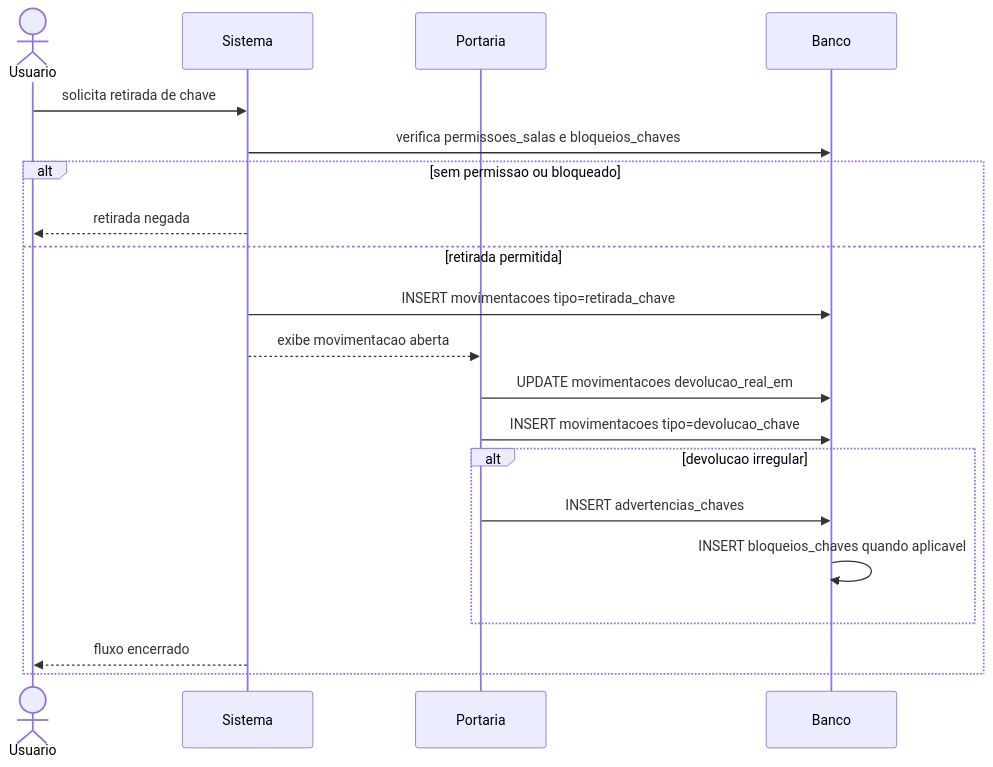
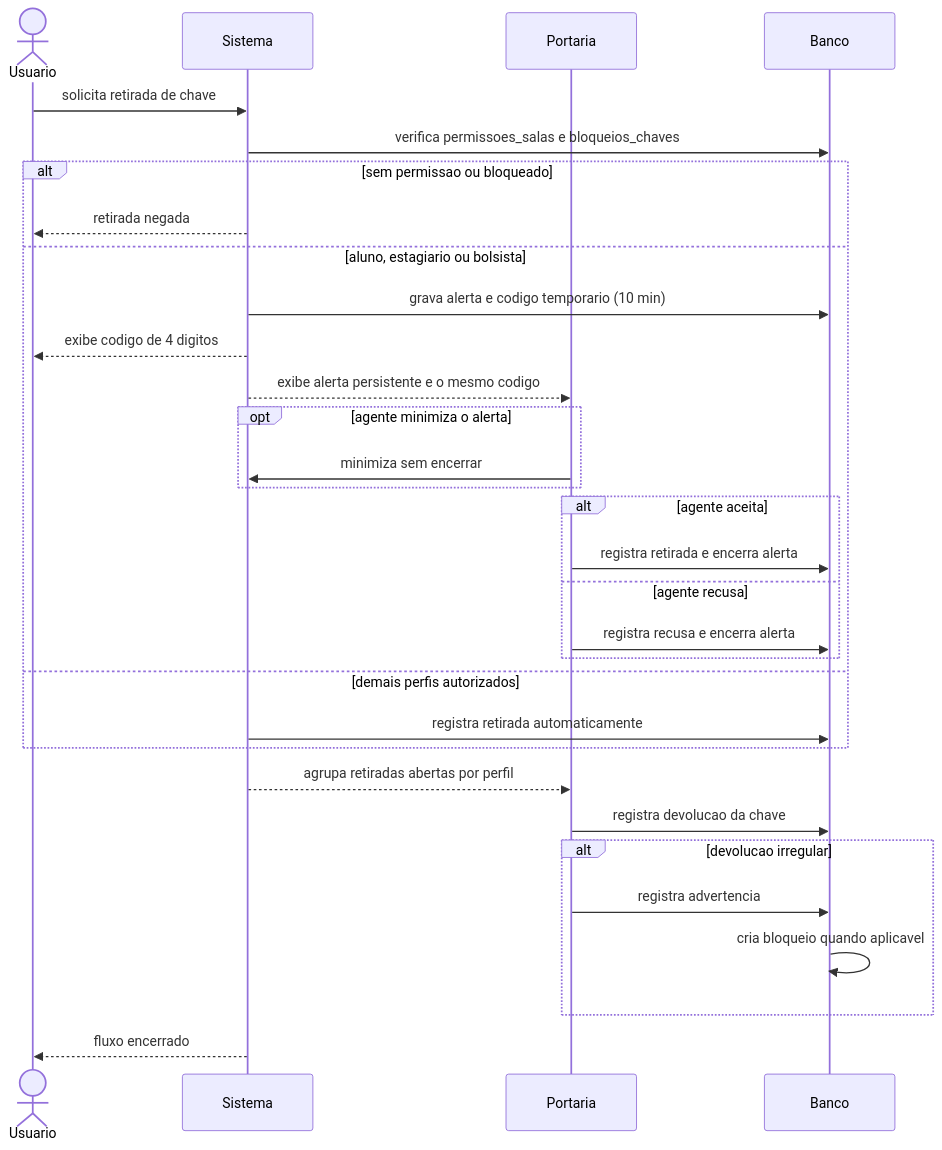
The diagram in docs/uml/fluxo-chave.md (JosePaulo2003/sistema-portaria-ctic), drawn with Mermaid before and after one commit. The commit also changed other lines of this file and 83 other files, not shown here.

````diff
--- a/docs/uml/fluxo-chave.md
+++ b/docs/uml/fluxo-chave.md
@@ -3,23 +9,34 @@
 ```mermaid
 sequenceDiagram
     actor Usuario
     participant Sistema
     participant Portaria
     participant Banco
 
     Usuario->>Sistema: solicita retirada de chave
     Sistema->>Banco: verifica permissoes_salas e bloqueios_chaves
     alt sem permissao ou bloqueado
         Sistema-->>Usuario: retirada negada
-    else retirada permitida
-        Sistema->>Banco: INSERT movimentacoes tipo=retirada_chave
-        Sistema-->>Portaria: exibe movimentacao aberta
-        Portaria->>Banco: UPDATE movimentacoes devolucao_real_em
-        Portaria->>Banco: INSERT movimentacoes tipo=devolucao_chave
-        alt devolucao irregular
-            Portaria->>Banco: INSERT advertencias_chaves
-            Banco->>Banco: INSERT bloqueios_chaves quando aplicavel
+    else aluno, estagiario ou bolsista
+        Sistema->>Banco: grava alerta e codigo temporario (10 min)
+        Sistema-->>Usuario: exibe codigo de 4 digitos
+        Sistema-->>Portaria: exibe alerta persistente e o mesmo codigo
+        opt agente minimiza o alerta
+            Portaria->>Sistema: minimiza sem encerrar
         end
-        Sistema-->>Usuario: fluxo encerrado
+        alt agente aceita
+            Portaria->>Banco: registra retirada e encerra alerta
+        else agente recusa
+            Portaria->>Banco: registra recusa e encerra alerta
+        end
+    else demais perfis autorizados
+        Sistema->>Banco: registra retirada automaticamente
     end
+    Sistema-->>Portaria: agrupa retiradas abertas por perfil
+    Portaria->>Banco: registra devolucao da chave
+    alt devolucao irregular
+        Portaria->>Banco: registra advertencia
+        Banco->>Banco: cria bloqueio quando aplicavel
+    end
+    Sistema-->>Usuario: fluxo encerrado
 ```
````
